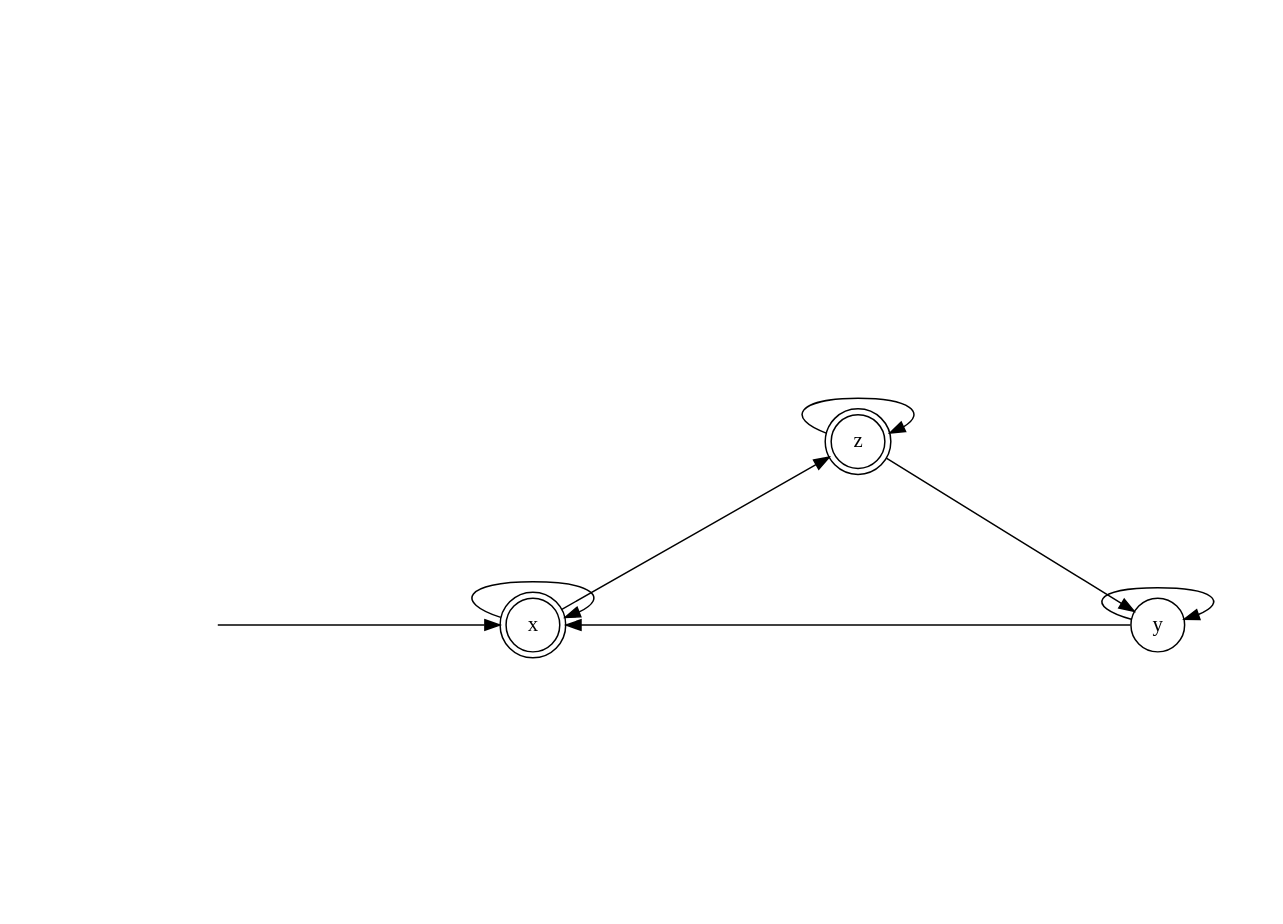
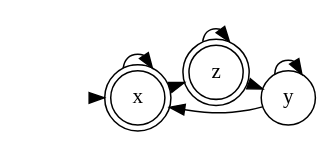
One commit to Accacio/docsTCC changed the diagram in figures/automata/example/example.dot. Above: the diagram before and after it, drawn with Graphviz. The commit also changed 5 other files, not shown here.

```diff
--- a/figures/automata/example/example.dot
+++ b/figures/automata/example/example.dot
@@ -1,21 +1,21 @@
 digraph a {
 rankdir=LR;
 # splines = ortho
 ratio=fill
 graph [pad="0.01", nodesep="0.1", ranksep="0.01"];
 node [shape=circle];
 margin=0;
 {rank =same;}
-size="11.7,8.3!";
+# size="11.7,8.3!";
 init [style=invis]
 init -> x
 x [shape=doublecircle];
 z [shape=doublecircle];
 
 x -> z [texlbl="g"] 
 z -> y [texlbl="a,g"]
 y -> x [texlbl="a"]
 x -> x [texlbl="a",topath="loop above"]
 y -> y [texlbl="b",topath="loop above"]
 z -> z [texlbl="b",topath="loop above"]
 }
```
